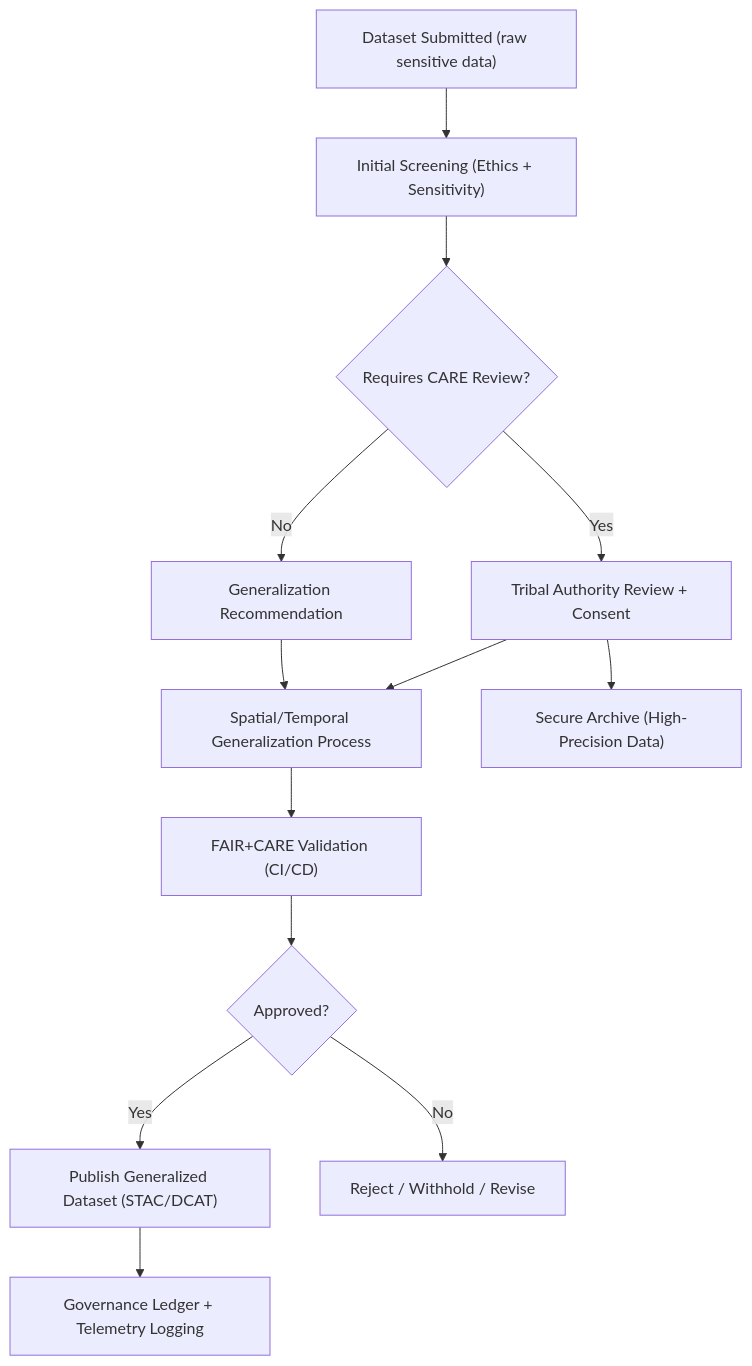
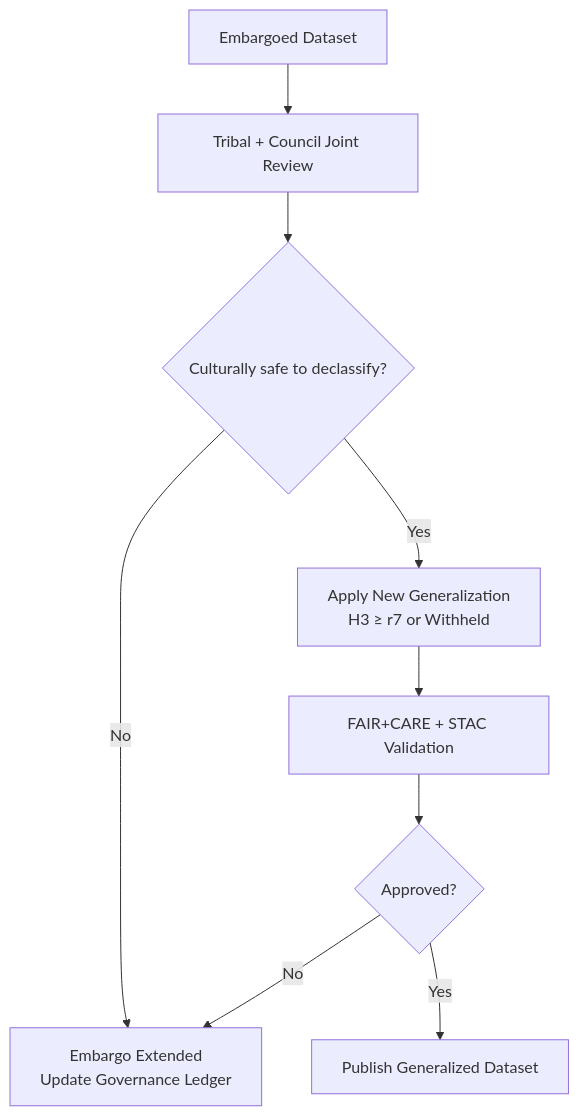
The diagram in docs/standards/data-generalization/governance/README.md (bartytime4life/Kansas-Frontier-Matrix), drawn with Mermaid before and after one commit. The commit also changed other lines of this file, not shown here.

````diff
--- a/docs/standards/data-generalization/governance/README.md
+++ b/docs/standards/data-generalization/governance/README.md
@@ -68,15 +889,11 @@
 ```mermaid
 flowchart TD
-    A["Dataset Submitted (raw sensitive data)"] --> B["Initial Screening (Ethics + Sensitivity)"]
-    B --> C{"Requires CARE Review?"}
-    C -->|Yes| D["Tribal Authority Review + Consent"]
-    C -->|No| E["Generalization Recommendation"]
-    D --> F["Spatial/Temporal Generalization Process"]
-    E --> F
-    F --> G["FAIR+CARE Validation (CI/CD)"]
-    G --> H{"Approved?"}
-    H -->|Yes| I["Publish Generalized Dataset (STAC/DCAT)"]
-    H -->|No| J["Reject / Withhold / Revise"]
-    I --> K["Governance Ledger + Telemetry Logging"]
-    D --> L["Secure Archive (High-Precision Data)"]
+    A["Embargoed Dataset"] --> B["Tribal + Council Joint Review"]
+    B --> C{"Culturally safe to declassify?"}
+    C -->|No| D["Embargo Extended<br/>Update Governance Ledger"]
+    C -->|Yes| E["Apply New Generalization<br/>H3 ≥ r7 or Withheld"]
+    E --> F["FAIR+CARE + STAC Validation"]
+    F --> G{"Approved?"}
+    G -->|No| D
+    G -->|Yes| H["Publish Generalized Dataset"]
 ```
````
